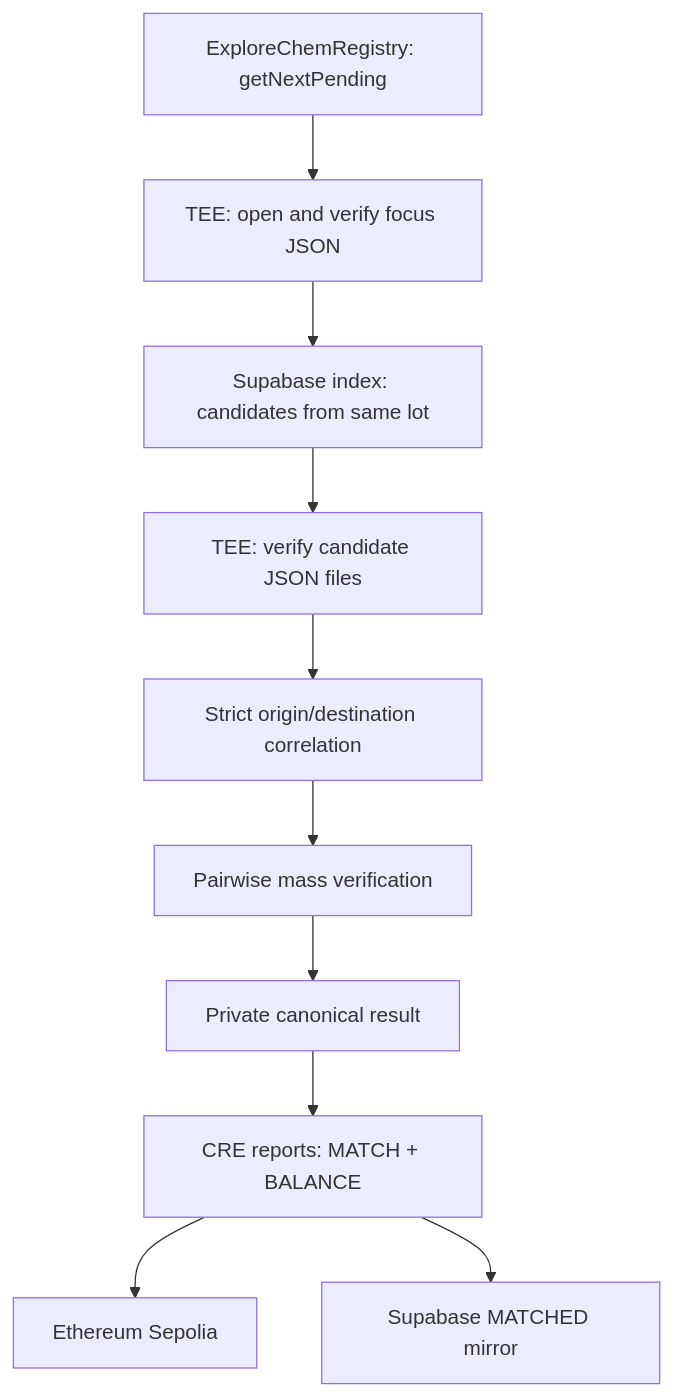
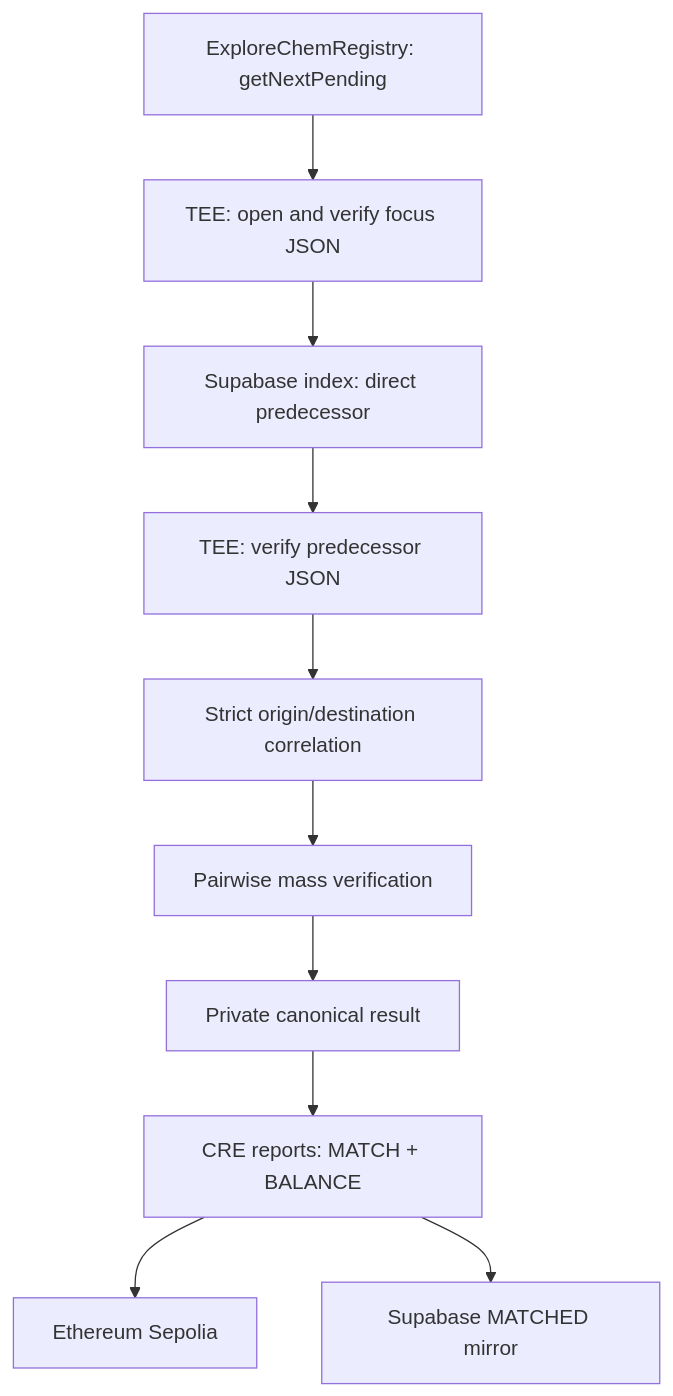
The diagram in explorerchem-workflow/README.md (armanfm/ExplorerChem), drawn with Mermaid before and after one commit. The commit also changed other lines of this file, not shown here.

````diff
--- a/explorerchem-workflow/README.md
+++ b/explorerchem-workflow/README.md
@@ -29,12 +29,12 @@
 ```mermaid
 flowchart TD
     A["ExploreChemRegistry: getNextPending"] --> B["TEE: open and verify focus JSON"]
-    B --> C["Supabase index: candidates from same lot"]
-    C --> D["TEE: verify candidate JSON files"]
+    B --> C["Supabase index: direct predecessor"]
+    C --> D["TEE: verify predecessor JSON"]
     D --> E["Strict origin/destination correlation"]
     E --> F["Pairwise mass verification"]
     F --> G["Private canonical result"]
     G --> H["CRE reports: MATCH + BALANCE"]
     H --> I["Ethereum Sepolia"]
     H --> J["Supabase MATCHED mirror"]
 ```
````
